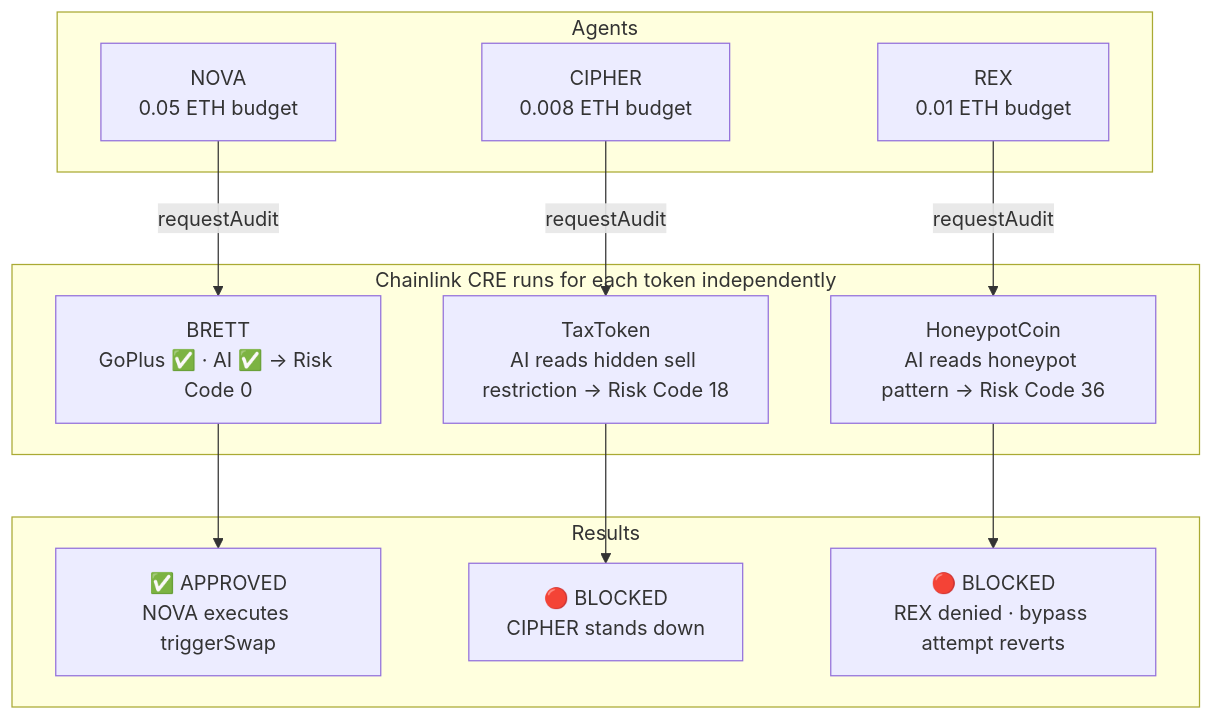
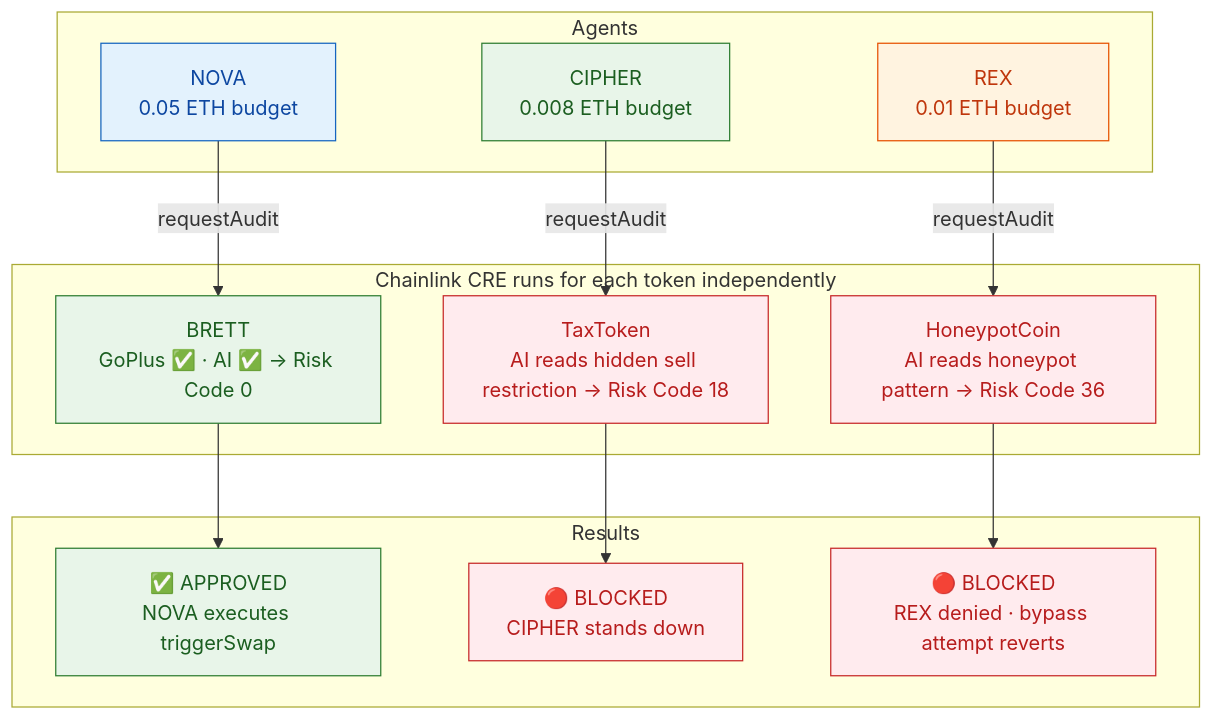
One commit to vjb/aegis-v4 changed the sixth of 12 diagrams in docs/ARCHITECTURE.md. Above: the diagram before and after it, drawn with Mermaid. The commit also changed other lines of this file and 5 other files, not shown here.

Commit message:
docs: full review pass — colored mermaid diagrams, fix test counts, add sample output links

````diff
--- a/docs/ARCHITECTURE.md
+++ b/docs/ARCHITECTURE.md
@@ -150,24 +178,34 @@
 ```mermaid
 flowchart TD
     subgraph Agents
         NOVA["NOVA\n0.05 ETH budget"]
         CIPHER["CIPHER\n0.008 ETH budget"]
         REX["REX\n0.01 ETH budget"]
     end
 
     subgraph Oracle["Chainlink CRE runs for each token independently"]
         O1["BRETT\nGoPlus ✅ · AI ✅ → Risk Code 0"]
         O2["TaxToken\nAI reads hidden sell restriction → Risk Code 18"]
         O3["HoneypotCoin\nAI reads honeypot pattern → Risk Code 36"]
     end
 
     subgraph Results
         R1["✅ APPROVED\nNOVA executes triggerSwap"]
         R2["🔴 BLOCKED\nCIPHER stands down"]
         R3["🔴 BLOCKED\nREX denied · bypass attempt reverts"]
     end
 
     NOVA -->|requestAudit| O1 --> R1
     CIPHER -->|requestAudit| O2 --> R2
     REX -->|requestAudit| O3 --> R3
+
+    style NOVA fill:#e3f2fd,stroke:#1565c0,color:#0d47a1
+    style CIPHER fill:#e8f5e9,stroke:#2e7d32,color:#1b5e20
+    style REX fill:#fff3e0,stroke:#e65100,color:#bf360c
+    style O1 fill:#e8f5e9,stroke:#2e7d32,color:#1b5e20
+    style O2 fill:#ffebee,stroke:#c62828,color:#b71c1c
+    style O3 fill:#ffebee,stroke:#c62828,color:#b71c1c
+    style R1 fill:#e8f5e9,stroke:#2e7d32,color:#1b5e20
+    style R2 fill:#ffebee,stroke:#c62828,color:#b71c1c
+    style R3 fill:#ffebee,stroke:#c62828,color:#b71c1c
 ```
````
